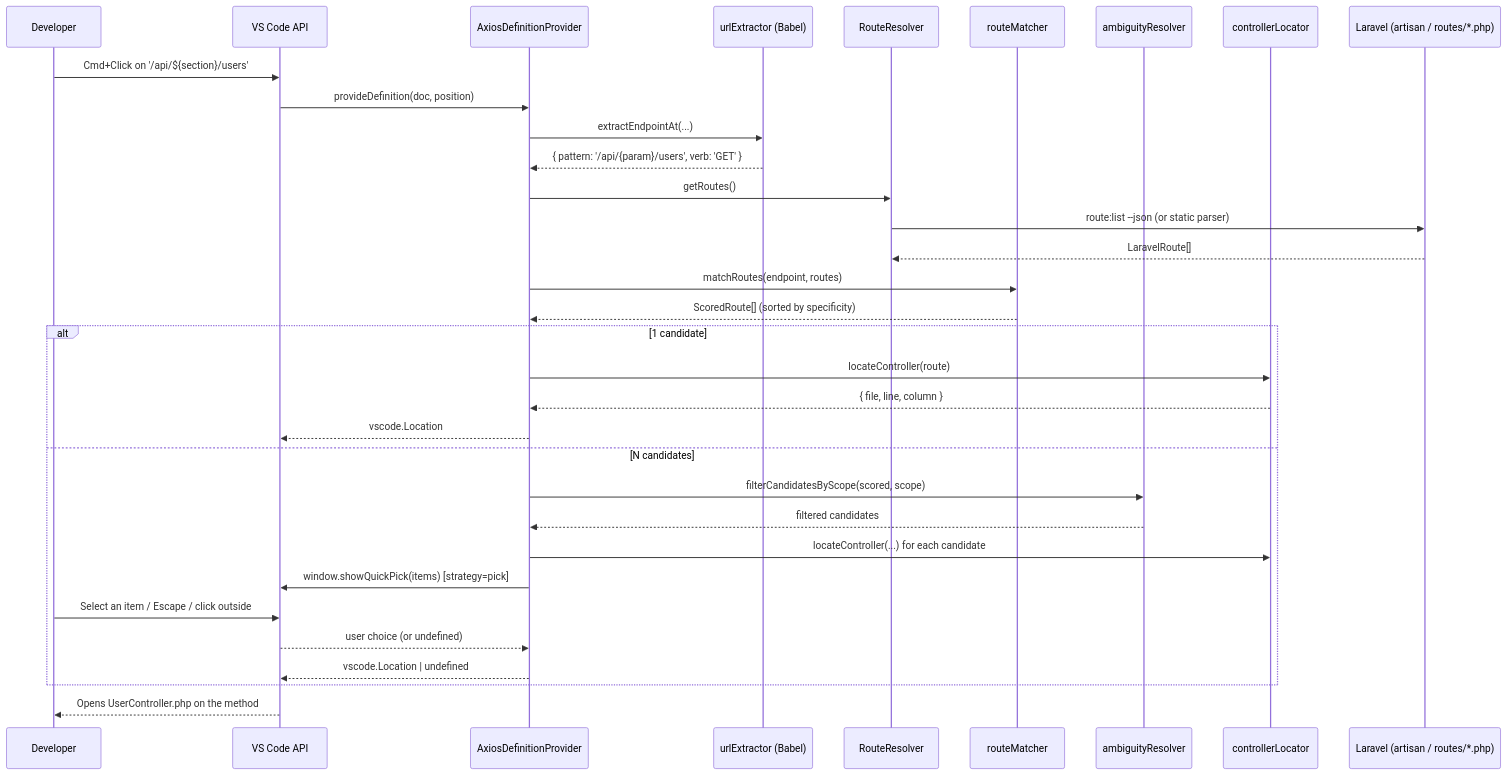
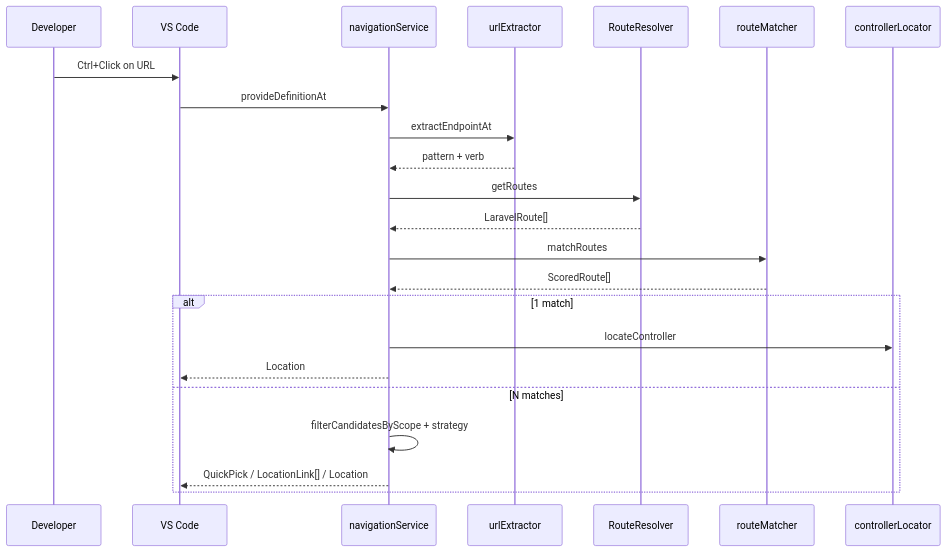
Before and after one commit to DanioFiore/laravel-vue-navigator: the diagram in docs/TECHNICAL_OVERVIEW.md, drawn with Mermaid. The commit also changed other lines of this file and 5 other files, not shown here.

````diff
--- a/docs/TECHNICAL_OVERVIEW.md
+++ b/docs/TECHNICAL_OVERVIEW.md
@@ -24,36 +37,26 @@
 ```mermaid
 sequenceDiagram
     participant Dev as Developer
-    participant VSCode as VS Code API
-    participant Provider as AxiosDefinitionProvider
-    participant Extractor as urlExtractor (Babel)
-    participant Resolver as RouteResolver
-    participant Matcher as routeMatcher
-    participant Ambig as ambiguityResolver
-    participant Locator as controllerLocator
-    participant PHP as Laravel (artisan / routes/*.php)
+    participant VSCode as VS Code
+    participant Nav as navigationService
+    participant Ext as urlExtractor
+    participant Res as RouteResolver
+    participant Match as routeMatcher
+    participant Loc as controllerLocator
 
-    Dev->>VSCode: Cmd+Click on '/api/${section}/users'
-    VSCode->>Provider: provideDefinition(doc, position)
-    Provider->>Extractor: extractEndpointAt(...)
-    Extractor-->>Provider: { pattern: '/api/{param}/users', verb: 'GET' }
-    Provider->>Resolver: getRoutes()
-    Resolver->>PHP: route:list --json (or static parser)
-    PHP-->>Resolver: LaravelRoute[]
-    Provider->>Matcher: matchRoutes(endpoint, routes)
-    Matcher-->>Provider: ScoredRoute[] (sorted by specificity)
-    alt 1 candidate
-        Provider->>Locator: locateController(route)
-        Locator-->>Provider: { file, line, column }
-        Provider-->>VSCode: vscode.Location
-    else N candidates
-        Provider->>Ambig: filterCandidatesByScope(scored, scope)
-        Ambig-->>Provider: filtered candidates
-        Provider->>Locator: locateController(...) for each candidate
-        Provider->>VSCode: window.showQuickPick(items) [strategy=pick]
-        Dev->>VSCode: Select an item / Escape / click outside
-        VSCode-->>Provider: user choice (or undefined)
-        Provider-->>VSCode: vscode.Location | undefined
+    Dev->>VSCode: Ctrl+Click on URL
+    VSCode->>Nav: provideDefinitionAt
+    Nav->>Ext: extractEndpointAt
+    Ext-->>Nav: pattern + verb
+    Nav->>Res: getRoutes
+    Res-->>Nav: LaravelRoute[]
+    Nav->>Match: matchRoutes
+    Match-->>Nav: ScoredRoute[]
+    alt 1 match
+        Nav->>Loc: locateController
+        Nav-->>VSCode: Location
+    else N matches
+        Nav->>Nav: filterCandidatesByScope + strategy
+        Nav-->>VSCode: QuickPick / LocationLink[] / Location
     end
-    VSCode-->>Dev: Opens UserController.php on the method
 ```
````
